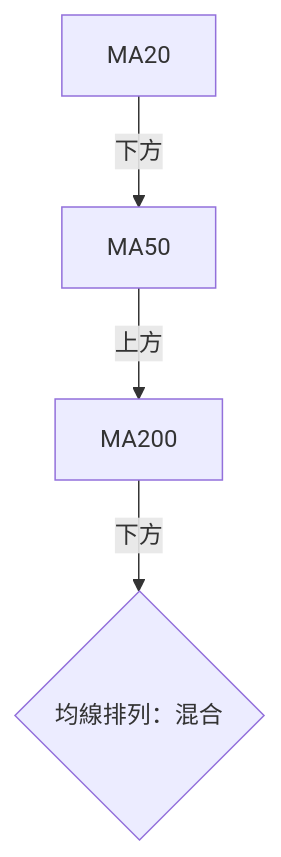
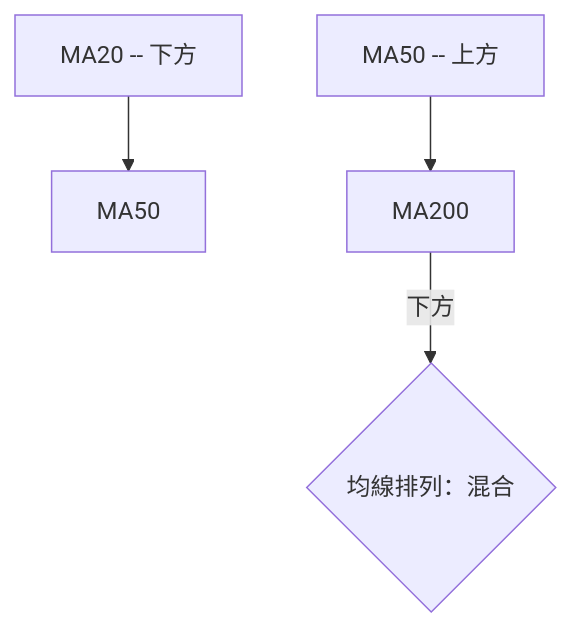
One commit to yennanliu/finance_data changed the sixth of 10 diagrams in ai_gen_report/stock/pltr/technical_analysis_2026-04-06_openai.md. Above: the diagram before and after it, drawn with Mermaid. The commit also changed other lines of this file and 2258 other files, not shown here.

First line of the commit message:
chore: backfill Mermaid syntax repair across existing reports

````diff
--- a/ai_gen_report/stock/pltr/technical_analysis_2026-04-06_openai.md
+++ b/ai_gen_report/stock/pltr/technical_analysis_2026-04-06_openai.md
@@ -242,6 +242,6 @@
 ```mermaid
 graph TD
-    MA20 -- 下方 --> MA50
-    MA50 -- 上方 --> MA200
+    nb1["MA20 -- 下方"] --> MA50
+    nb2["MA50 -- 上方"] --> MA200
     MA200 -- 下方 --> 總結{"均線排列：混合"}
 ```
````
